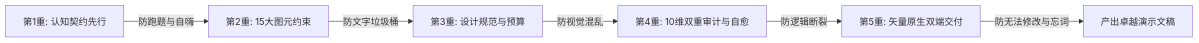
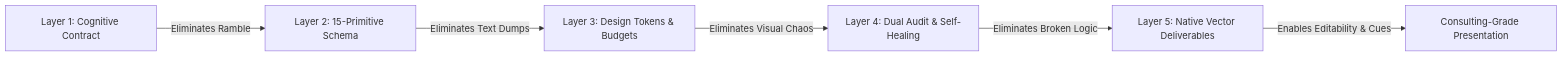
Before and after one commit to kts-kris/undoPPT: the diagram in DESIGN_PHILOSOPHY.md, drawn with Mermaid. The commit also changed other lines of this file and 12 other files, not shown here.

````diff
--- a/DESIGN_PHILOSOPHY.md
+++ b/DESIGN_PHILOSOPHY.md
@@ -120,8 +128,8 @@
 ```mermaid
 flowchart LR
-    A[第1重: 认知契约先行] -->|防跑题与自嗨| B[第2重: 15大图元约束]
-    B -->|防文字垃圾桶| C[第3重: 设计规范与预算]
-    C -->|防视觉混乱| D[第4重: 10维双重审计与自愈]
-    D -->|防逻辑断裂| E[第5重: 矢量原生双端交付]
-    E -->|防无法修改与忘词| F[产出卓越演示文稿]
+    A[Layer 1: Cognitive Contract] -->|Eliminates Ramble| B[Layer 2: 15-Primitive Schema]
+    B -->|Eliminates Text Dumps| C[Layer 3: Design Tokens & Budgets]
+    C -->|Eliminates Visual Chaos| D[Layer 4: Dual Audit & Self-Healing]
+    D -->|Eliminates Broken Logic| E[Layer 5: Native Vector Deliverables]
+    E -->|Enables Editability & Cues| F[Consulting-Grade Presentation]
 ```
````
